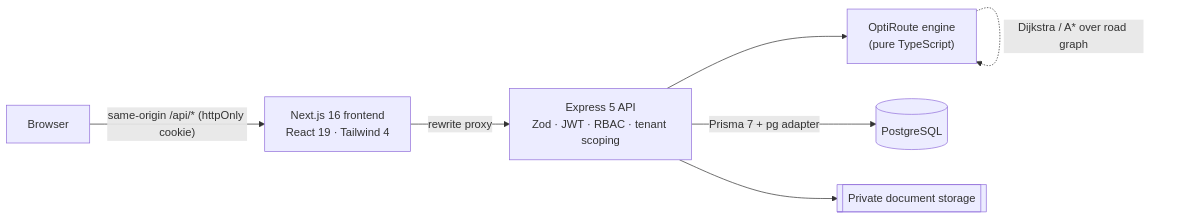
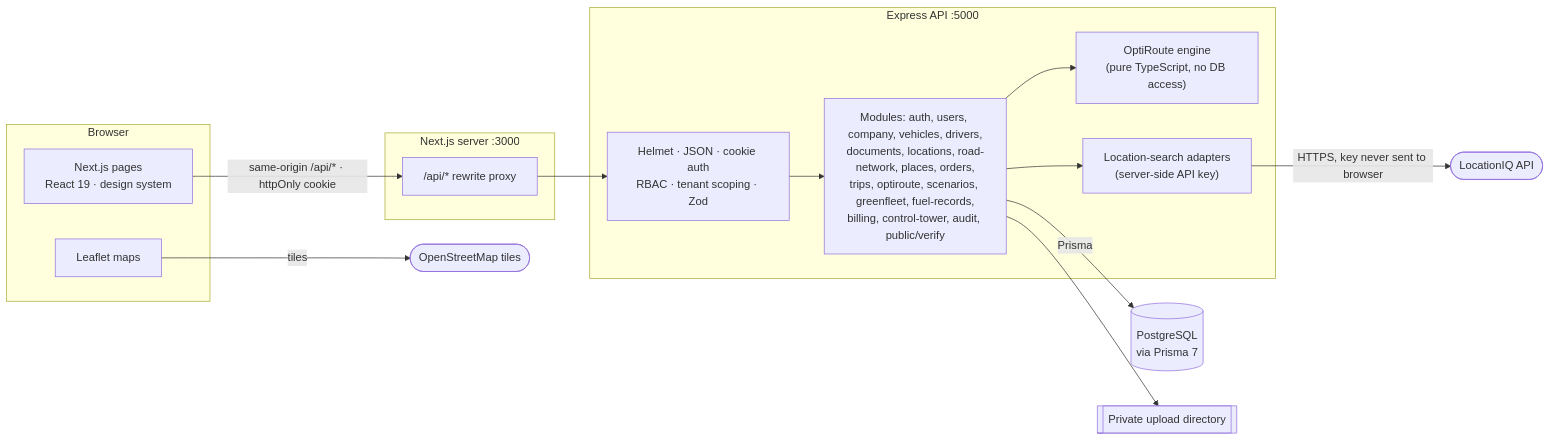
Before and after one commit to ayushmishra2992/RaahSetu: the first of 2 diagrams in README.md, drawn with Mermaid. The commit also changed other lines of this file and 118 other files, not shown here.

Commit message:
Prepare RaahSetu for public release: location search, brand, docs and verification

````diff
--- a/README.md
+++ b/README.md
@@ -42,9 +88,27 @@
 ```mermaid
 flowchart LR
-  B[Browser] -->|"same-origin /api/* (httpOnly cookie)"| W["Next.js 16 frontend<br/>React 19 · Tailwind 4"]
-  W -->|rewrite proxy| A["Express 5 API<br/>Zod · JWT · RBAC · tenant scoping"]
-  A --> O["OptiRoute engine<br/>(pure TypeScript)"]
-  A -->|Prisma 7 + pg adapter| D[("PostgreSQL")]
-  A --> F[["Private document storage"]]
-  O -.->|"Dijkstra / A* over road graph"| O
+  subgraph Browser
+    UI["Next.js pages<br/>React 19 · design system"]
+    MAP["Leaflet maps"]
+  end
+  subgraph Web["Next.js server :3000"]
+    RW["/api/* rewrite proxy"]
+  end
+  subgraph API["Express API :5000"]
+    MW["Helmet · JSON · cookie auth<br/>RBAC · tenant scoping · Zod"]
+    MOD["Modules: auth, users, company, vehicles, drivers,<br/>documents, locations, road-network, places, orders,<br/>trips, optiroute, scenarios, greenfleet, fuel-records,<br/>billing, control-tower, audit, public/verify"]
+    OPT["OptiRoute engine<br/>(pure TypeScript, no DB access)"]
+    PLC["Location-search adapters<br/>(server-side API key)"]
+  end
+  DB[("PostgreSQL<br/>via Prisma 7")]
+  FS[["Private upload directory"]]
+  LIQ(["LocationIQ API"])
+  OSM(["OpenStreetMap tiles"])
+
+  UI -->|"same-origin /api/* · httpOnly cookie"| RW --> MW --> MOD
+  MOD --> OPT
+  MOD --> PLC -->|"HTTPS, key never sent to browser"| LIQ
+  MOD -->|Prisma| DB
+  MOD --> FS
+  MAP -->|tiles| OSM
 ```
````
